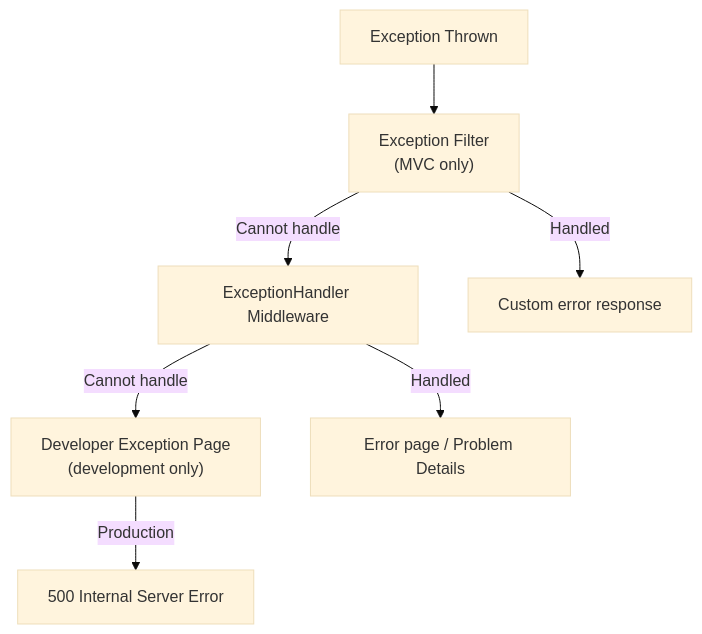
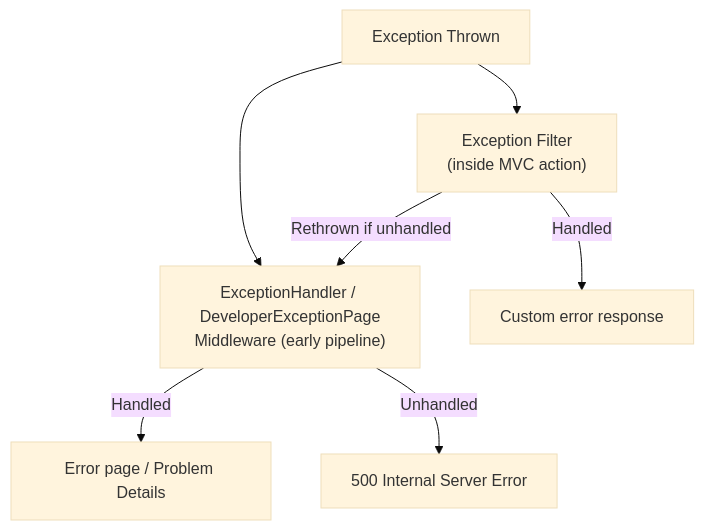
Diagram 18 of 20 in content/blog/en/aspnet-core-architecture.mdx (yoichiozaki/yoichiozaki.github.io), drawn with Mermaid (base theme) before and after one commit. The commit also changed other lines of this file and 88 other files, not shown here.

````diff
--- a/content/blog/en/aspnet-core-architecture.mdx
+++ b/content/blog/en/aspnet-core-architecture.mdx
@@ -938,11 +938,10 @@
 ```mermaid
 graph TD
     Ex["Exception Thrown"]
-    Ex --> Filter["Exception Filter<br/>(MVC only)"]
-    Filter -->|Cannot handle| MW["ExceptionHandler Middleware"]
-    MW -->|Cannot handle| DeveloperPage["Developer Exception Page<br/>(development only)"]
-    DeveloperPage -->|Production| Generic["500 Internal Server Error"]
-
+    Ex --> Filter["Exception Filter<br/>(inside MVC action)"]
+    Ex --> MW["ExceptionHandler / DeveloperExceptionPage<br/>Middleware (early pipeline)"]
     Filter -->|Handled| Result1["Custom error response"]
+    Filter -->|Rethrown if unhandled| MW
     MW -->|Handled| Result2["Error page / Problem Details"]
+    MW -->|Unhandled| Generic["500 Internal Server Error"]
 ```
````
